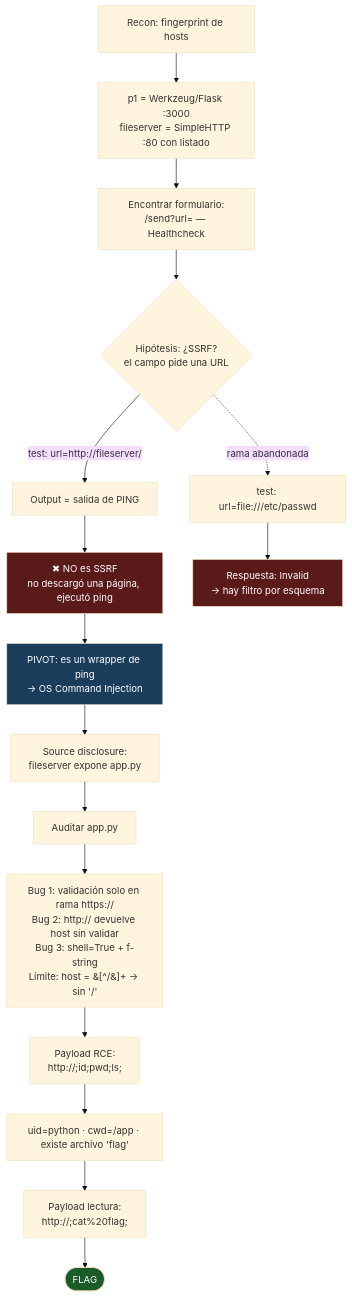
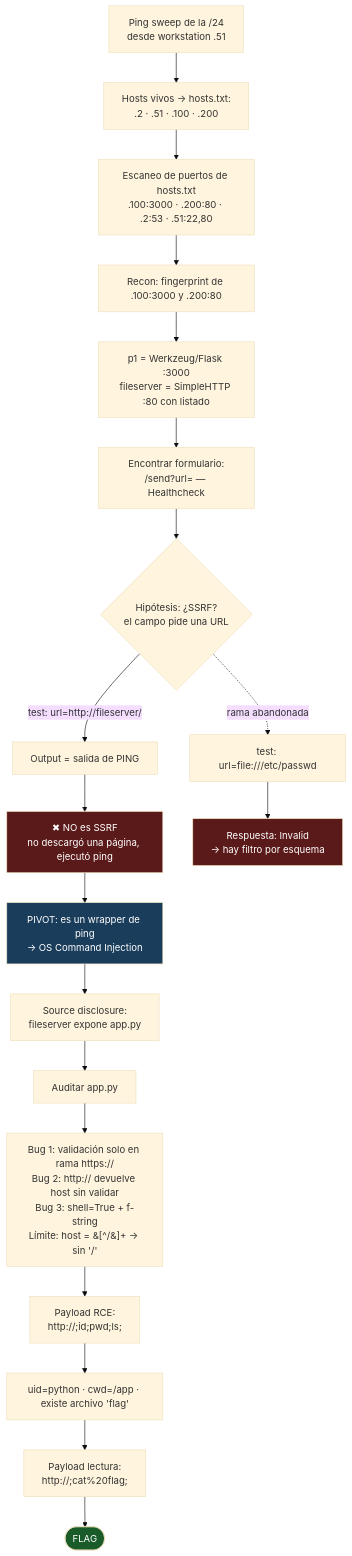
The first of 2 diagrams in soluciones/web-hacking/healthcheck-solucion.md (ollerenac/inictel_cybersecurity_course), drawn with Mermaid (base theme) before and after one commit. The commit also changed other lines of this file and 1 other file, not shown here.

````diff
--- a/soluciones/web-hacking/healthcheck-solucion.md
+++ b/soluciones/web-hacking/healthcheck-solucion.md
@@ -26,27 +26,30 @@
 ```mermaid
 flowchart TD
-    A[Recon: fingerprint de hosts] --> B[p1 = Werkzeug/Flask :3000<br/>fileserver = SimpleHTTP :80 con listado]
+    Z[Ping sweep de la /24<br/>desde workstation .51] --> A0[Hosts vivos → hosts.txt:<br/>.2 · .51 · .100 · .200]
+    A0 --> A0b[Escaneo de puertos de hosts.txt<br/>.100:3000 · .200:80 · .2:53 · .51:22,80]
+    A0b --> A[Recon: fingerprint de .100:3000 y .200:80]
+    A --> B[p1 = Werkzeug/Flask :3000<br/>fileserver = SimpleHTTP :80 con listado]
     B --> C[Encontrar formulario:<br/>/send?url= — Healthcheck]
     C --> D{Hipótesis: ¿SSRF?<br/>el campo pide una URL}
 
     D -->|test: url=http://fileserver/| E[Output = salida de PING]
     E --> F[✖ NO es SSRF<br/>no descargó una página, ejecutó ping]
     F --> G[PIVOT: es un wrapper de ping<br/>→ OS Command Injection]
 
     D -.rama abandonada.-> D1[test: url=file:///etc/passwd]
     D1 --> D2[Respuesta: Invalid<br/>→ hay filtro por esquema]
 
     G --> H[Source disclosure:<br/>fileserver expone app.py]
     H --> I[Auditar app.py]
     I --> J[Bug 1: validación solo en rama https://<br/>Bug 2: http:// devuelve host sin validar<br/>Bug 3: shell=True + f-string<br/>Límite: host = &#91;^/&#93;+ → sin '/']
 
     J --> K[Payload RCE:<br/>http://;id;pwd;ls;]
     K --> L[uid=python · cwd=/app · existe archivo 'flag']
     L --> M[Payload lectura:<br/>http://;cat%20flag;]
     M --> N([FLAG])
 
     style F fill:#5b1a1a,color:#fff
     style D2 fill:#5b1a1a,color:#fff
     style G fill:#1a3d5b,color:#fff
     style N fill:#1a5b2a,color:#fff
 ```
````
